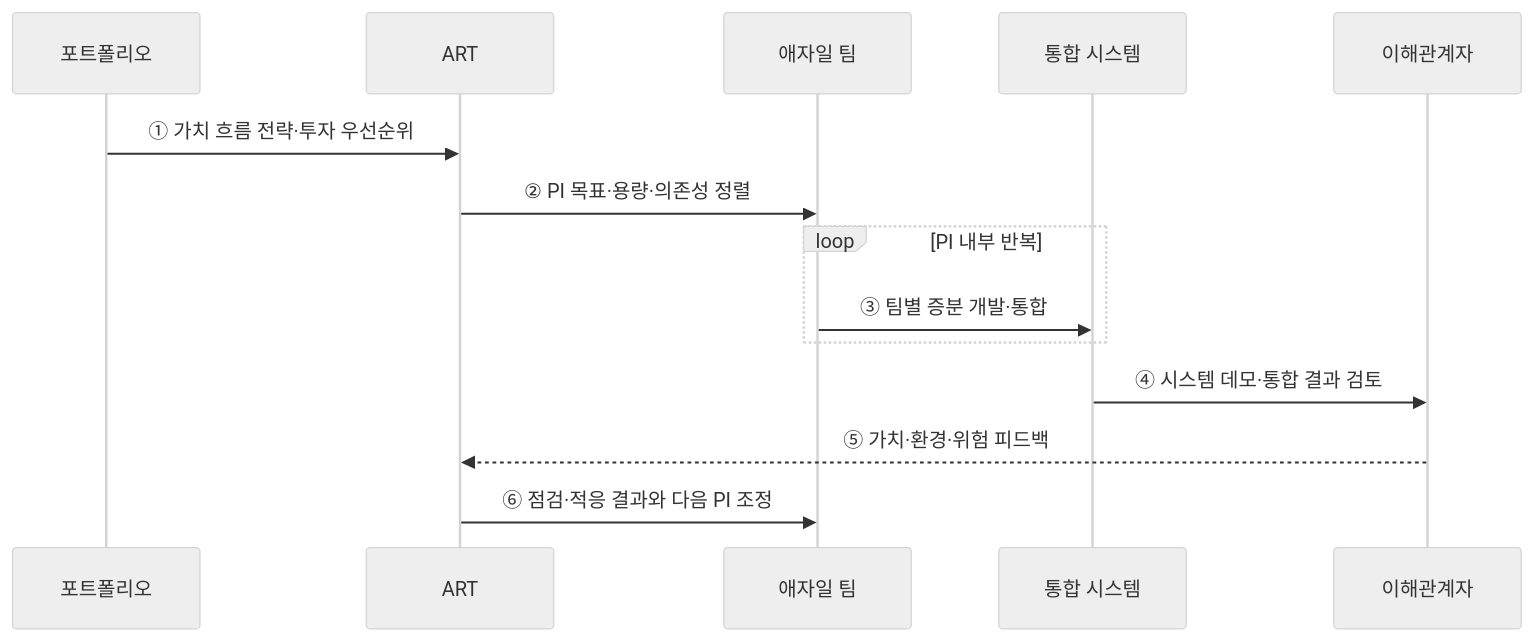
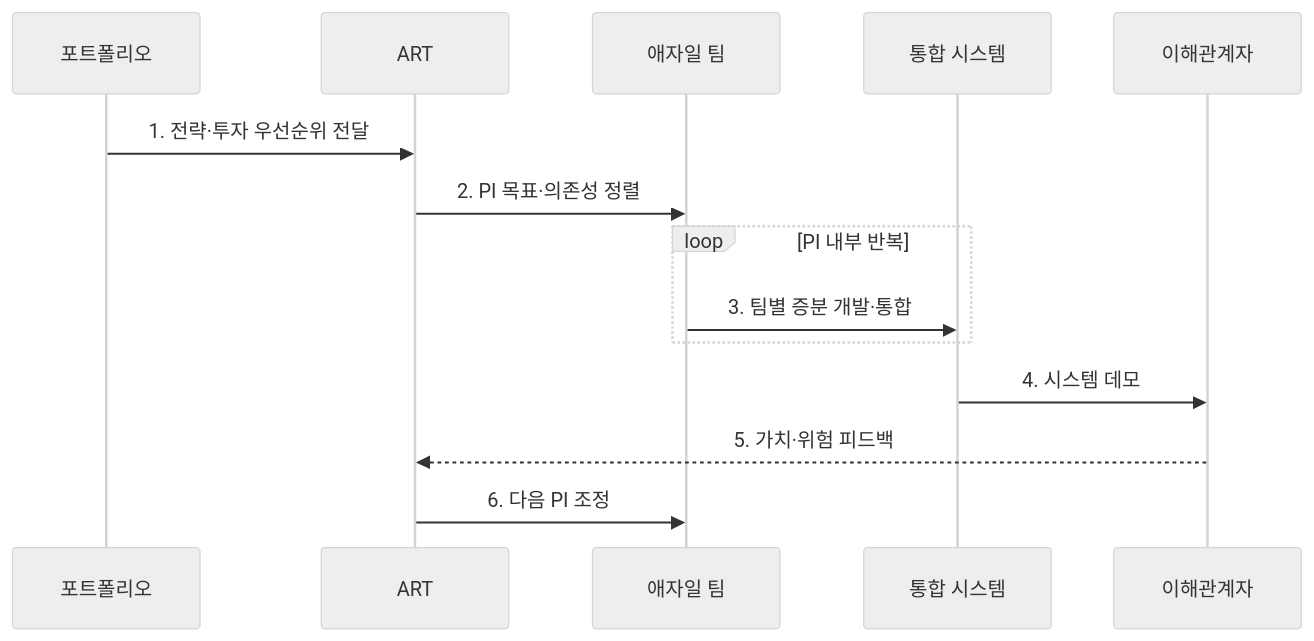
The second of 2 diagrams in src/content/docs/notes/03-software/033_scaled_agile_framework.md (agnusdei1207/knowledge-base), drawn with Mermaid (neutral theme) before and after one commit. The commit also changed other lines of this file and 20 other files, not shown here.

````diff
--- a/src/content/docs/notes/03-software/033_scaled_agile_framework.md
+++ b/src/content/docs/notes/03-software/033_scaled_agile_framework.md
@@ -82,16 +83,16 @@
 ```mermaid
 sequenceDiagram
     participant P as 포트폴리오
     participant A as ART
     participant T as 애자일 팀
     participant I as 통합 시스템
     participant S as 이해관계자
-    P->>A: ① 가치 흐름 전략·투자 우선순위
-    A->>T: ② PI 목표·용량·의존성 정렬
+    P->>A: 1. 전략·투자 우선순위 전달
+    A->>T: 2. PI 목표·의존성 정렬
     loop PI 내부 반복
-        T->>I: ③ 팀별 증분 개발·통합
+        T->>I: 3. 팀별 증분 개발·통합
     end
-    I->>S: ④ 시스템 데모·통합 결과 검토
-    S-->>A: ⑤ 가치·환경·위험 피드백
-    A->>T: ⑥ 점검·적응 결과와 다음 PI 조정
+    I->>S: 4. 시스템 데모
+    S-->>A: 5. 가치·위험 피드백
+    A->>T: 6. 다음 PI 조정
 ```
````
